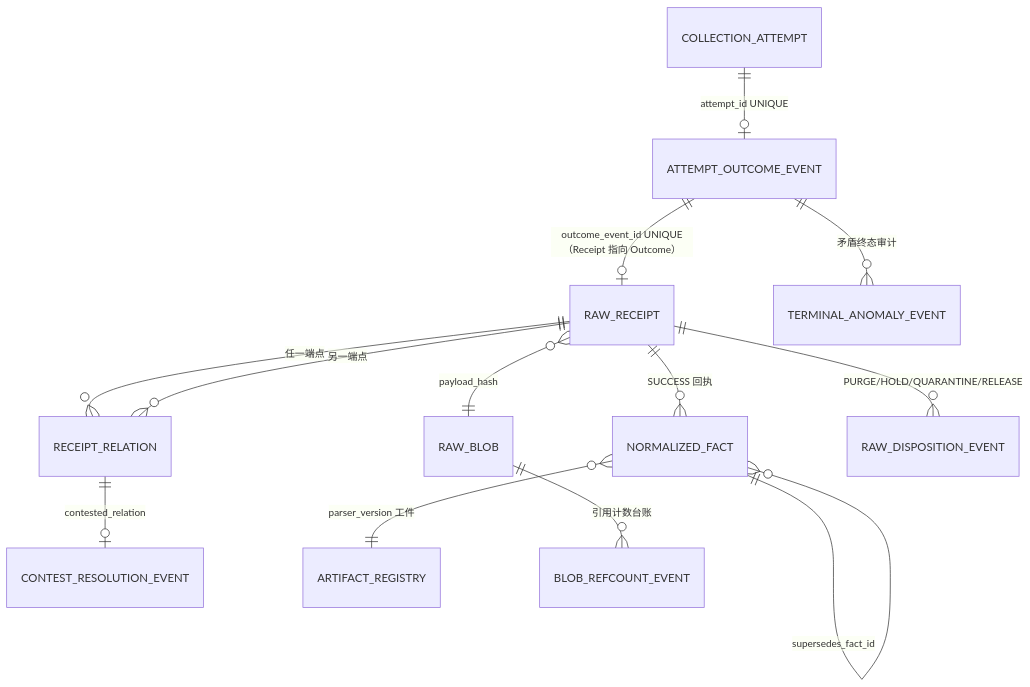
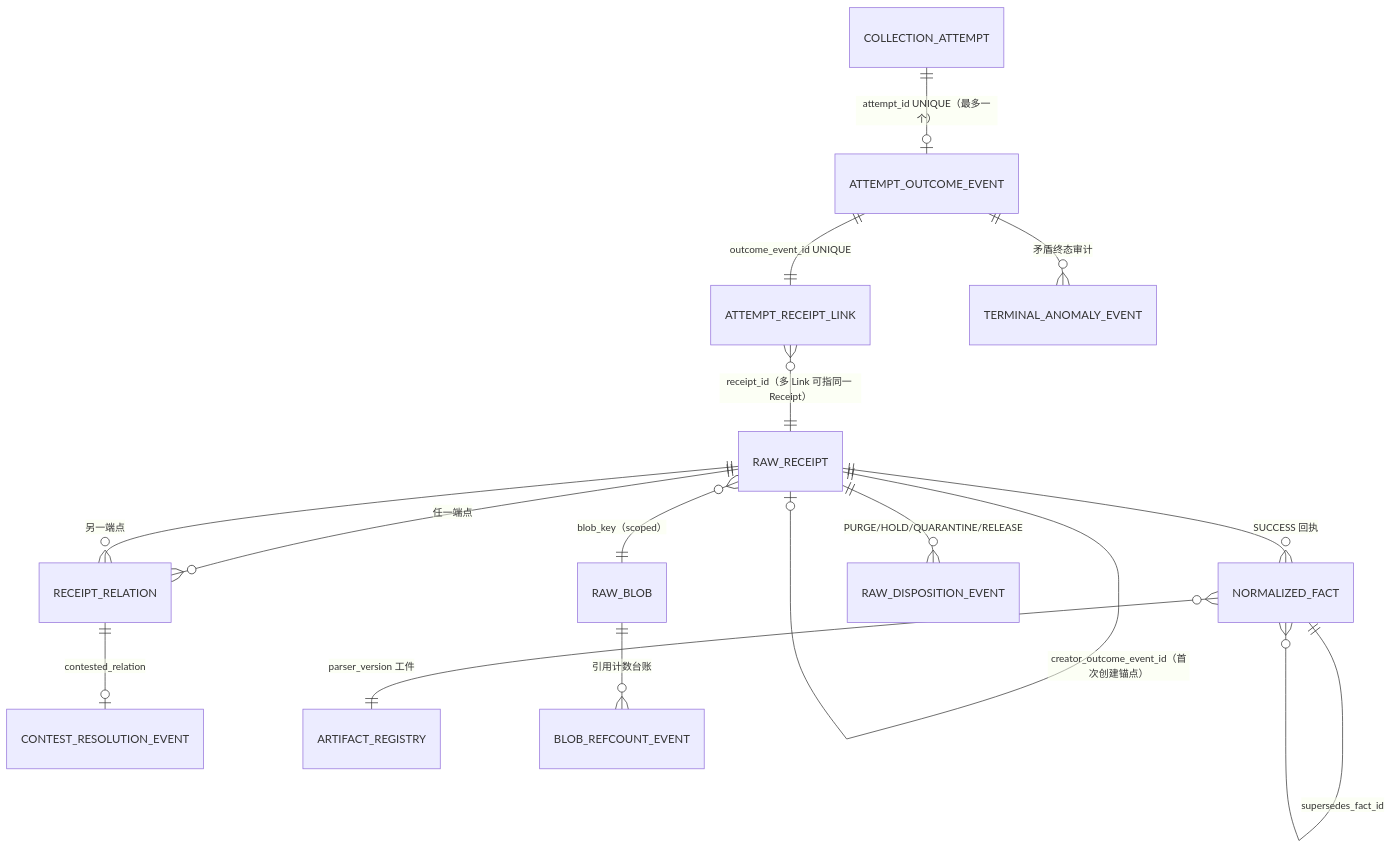
The diagram in docs/p1-data/D0/ERD_CONSTRAINTS.md (xqw1377-prog/STAR), drawn with Mermaid before and after one commit. The commit also changed other lines of this file and 6 other files, not shown here.

````diff
--- a/docs/p1-data/D0/ERD_CONSTRAINTS.md
+++ b/docs/p1-data/D0/ERD_CONSTRAINTS.md
@@ -9,15 +9,17 @@
 ```mermaid
 erDiagram
-  COLLECTION_ATTEMPT ||--o| ATTEMPT_OUTCOME_EVENT : "attempt_id UNIQUE"
-  ATTEMPT_OUTCOME_EVENT ||--o| RAW_RECEIPT : "outcome_event_id UNIQUE（Receipt 指向 Outcome）"
-  RAW_RECEIPT }o--|| RAW_BLOB : "payload_hash"
+  COLLECTION_ATTEMPT ||--o| ATTEMPT_OUTCOME_EVENT : "attempt_id UNIQUE（最多一个）"
+  ATTEMPT_OUTCOME_EVENT ||--|| ATTEMPT_RECEIPT_LINK : "outcome_event_id UNIQUE"
+  ATTEMPT_RECEIPT_LINK }o--|| RAW_RECEIPT : "receipt_id（多 Link 可指同一 Receipt）"
+  RAW_RECEIPT }o--|| RAW_BLOB : "blob_key（scoped）"
+  RAW_RECEIPT ||--o| RAW_RECEIPT : "creator_outcome_event_id（首次创建锚点）"
   RAW_RECEIPT ||--o{ RECEIPT_RELATION : "任一端点"
   RECEIPT_RELATION }o--|| RAW_RECEIPT : "另一端点"
   RECEIPT_RELATION ||--o| CONTEST_RESOLUTION_EVENT : "contested_relation"
   RAW_RECEIPT ||--o{ NORMALIZED_FACT : "SUCCESS 回执"
   NORMALIZED_FACT ||--o{ NORMALIZED_FACT : "supersedes_fact_id"
   NORMALIZED_FACT }o--|| ARTIFACT_REGISTRY : "parser_version 工件"
   RAW_RECEIPT ||--o{ RAW_DISPOSITION_EVENT : "PURGE/HOLD/QUARANTINE/RELEASE"
   RAW_BLOB ||--o{ BLOB_REFCOUNT_EVENT : "引用计数台账"
   ATTEMPT_OUTCOME_EVENT ||--o{ TERMINAL_ANOMALY_EVENT : "矛盾终态审计"
 ```
````
